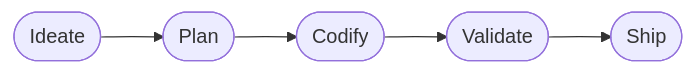
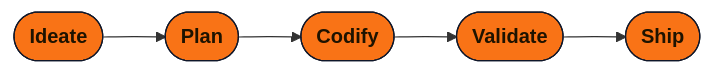
One commit to jwogrady/spark changed the first of 2 diagrams in README.md. Above: the diagram before and after it, drawn with Mermaid. The commit also changed other lines of this file, not shown here.

````diff
--- a/README.md
+++ b/README.md
@@ -56,7 +62,6 @@
 ```mermaid
 flowchart LR
-    A([Ideate]) --> B([Plan])
-    B --> C([Codify])
-    C --> D([Validate])
-    D --> E([Ship])
+    A([Ideate]) --> B([Plan]) --> C([Codify]) --> D([Validate]) --> E([Ship])
+    classDef stage fill:#F97316,stroke:#0F172A,color:#1e1300,font-weight:bold
+    class A,B,C,D,E stage
 ```
````
